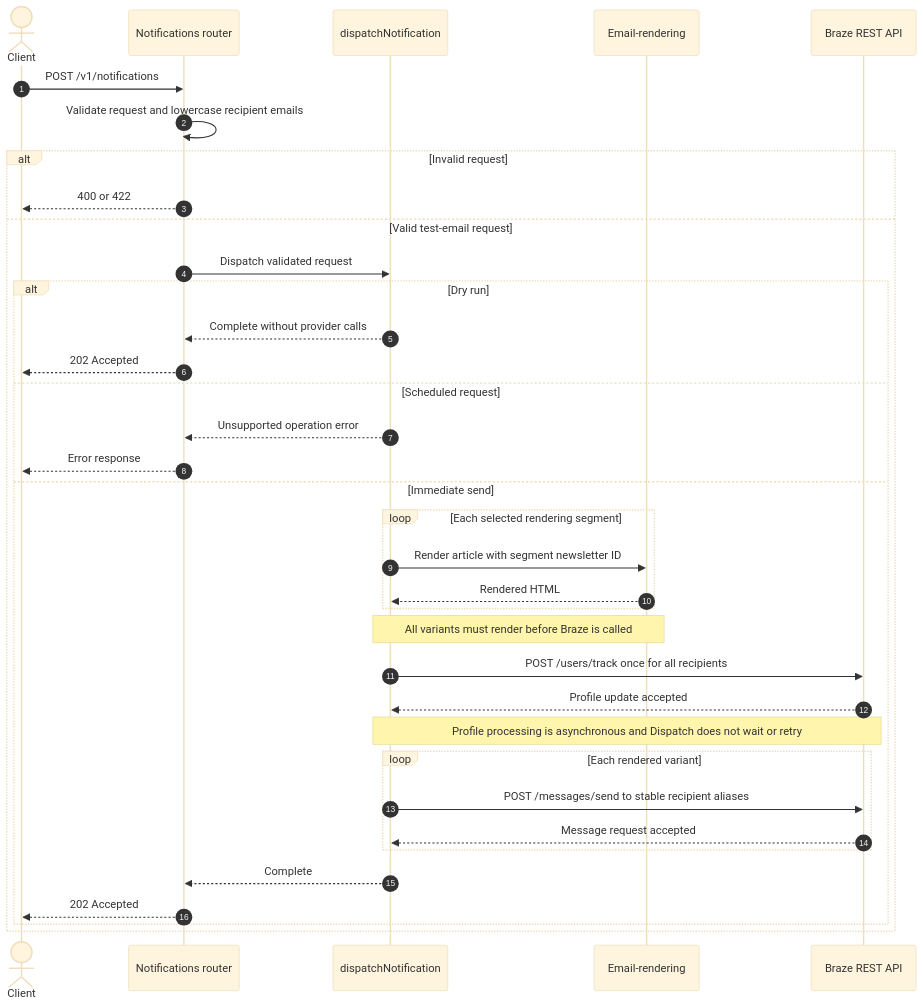
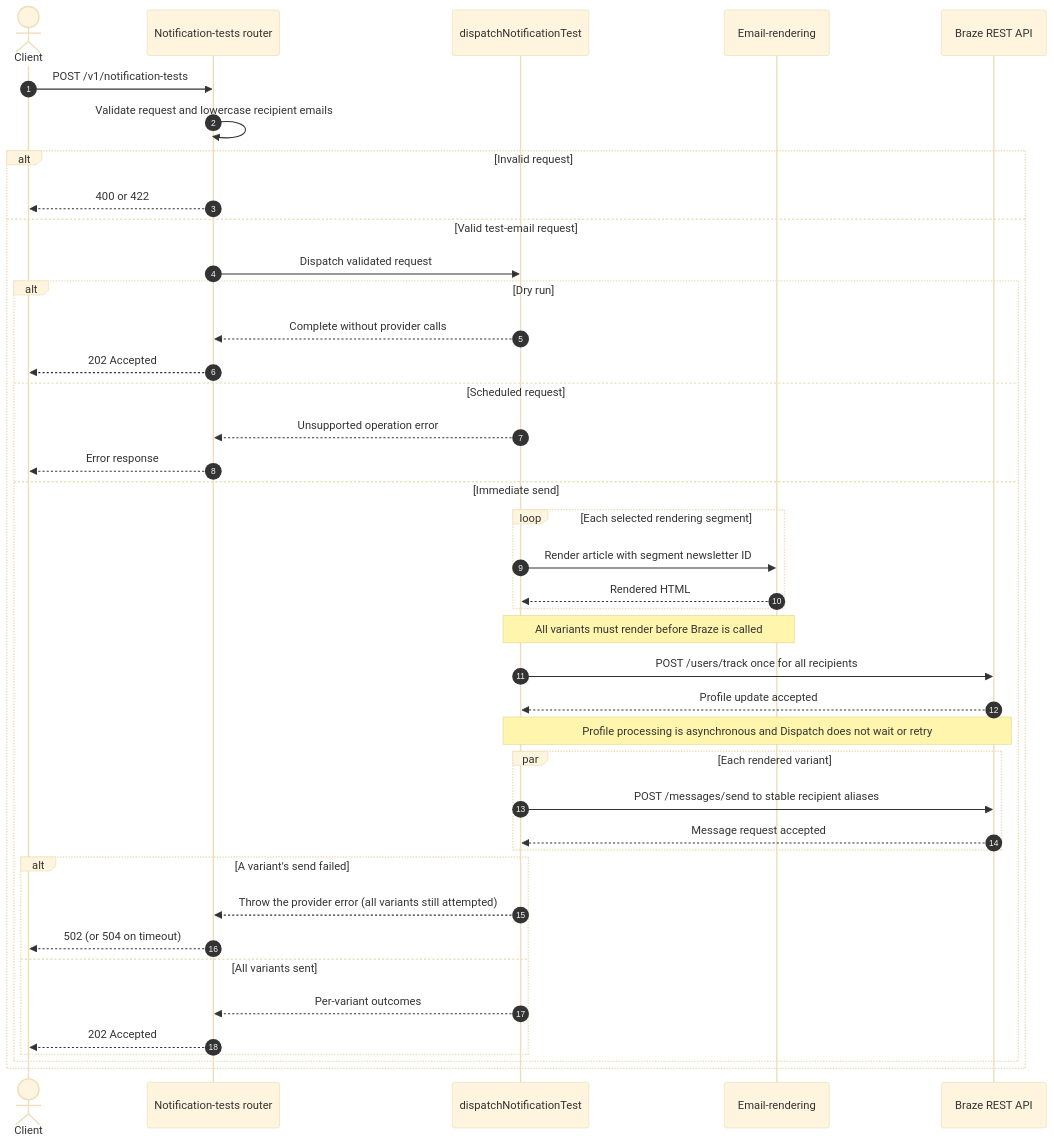
One commit to guardian/notifications-tooling changed the diagram in docs/braze/braze-test-email-send-flow.md. Above: the diagram before and after it, drawn with Mermaid (base theme). The commit also changed other lines of this file and 3 other files, not shown here.

````diff
--- a/docs/braze/braze-test-email-send-flow.md
+++ b/docs/braze/braze-test-email-send-flow.md
@@ -7,46 +7,51 @@
 ```mermaid
 sequenceDiagram
 	autonumber
 	actor Client
-	participant Router as Notifications router
-	participant Dispatch as dispatchNotification
+	participant Router as Notification-tests router
+	participant Dispatch as dispatchNotificationTest
 	participant Renderer as Email-rendering
 	participant Braze as Braze REST API
 
-	Client->>Router: POST /v1/notifications
+	Client->>Router: POST /v1/notification-tests
 	Router->>Router: Validate request and lowercase recipient emails
 
 	alt Invalid request
 		Router-->>Client: 400 or 422
 	else Valid test-email request
 		Router->>Dispatch: Dispatch validated request
 
 		alt Dry run
 			Dispatch-->>Router: Complete without provider calls
 			Router-->>Client: 202 Accepted
 		else Scheduled request
 			Dispatch-->>Router: Unsupported operation error
 			Router-->>Client: Error response
 		else Immediate send
 			loop Each selected rendering segment
 				Dispatch->>Renderer: Render article with segment newsletter ID
 				Renderer-->>Dispatch: Rendered HTML
 			end
 
 			Note over Dispatch,Renderer: All variants must render before Braze is called
 
 			Dispatch->>Braze: POST /users/track once for all recipients
 			Braze-->>Dispatch: Profile update accepted
 
 			Note over Dispatch,Braze: Profile processing is asynchronous and Dispatch does not wait or retry
 
-			loop Each rendered variant
+			par Each rendered variant
 				Dispatch->>Braze: POST /messages/send to stable recipient aliases
 				Braze-->>Dispatch: Message request accepted
 			end
 
-			Dispatch-->>Router: Complete
-			Router-->>Client: 202 Accepted
+			alt A variant's send failed
+				Dispatch-->>Router: Throw the provider error (all variants still attempted)
+				Router-->>Client: 502 (or 504 on timeout)
+			else All variants sent
+				Dispatch-->>Router: Per-variant outcomes
+				Router-->>Client: 202 Accepted
+			end
 		end
 	end
 ```
````
